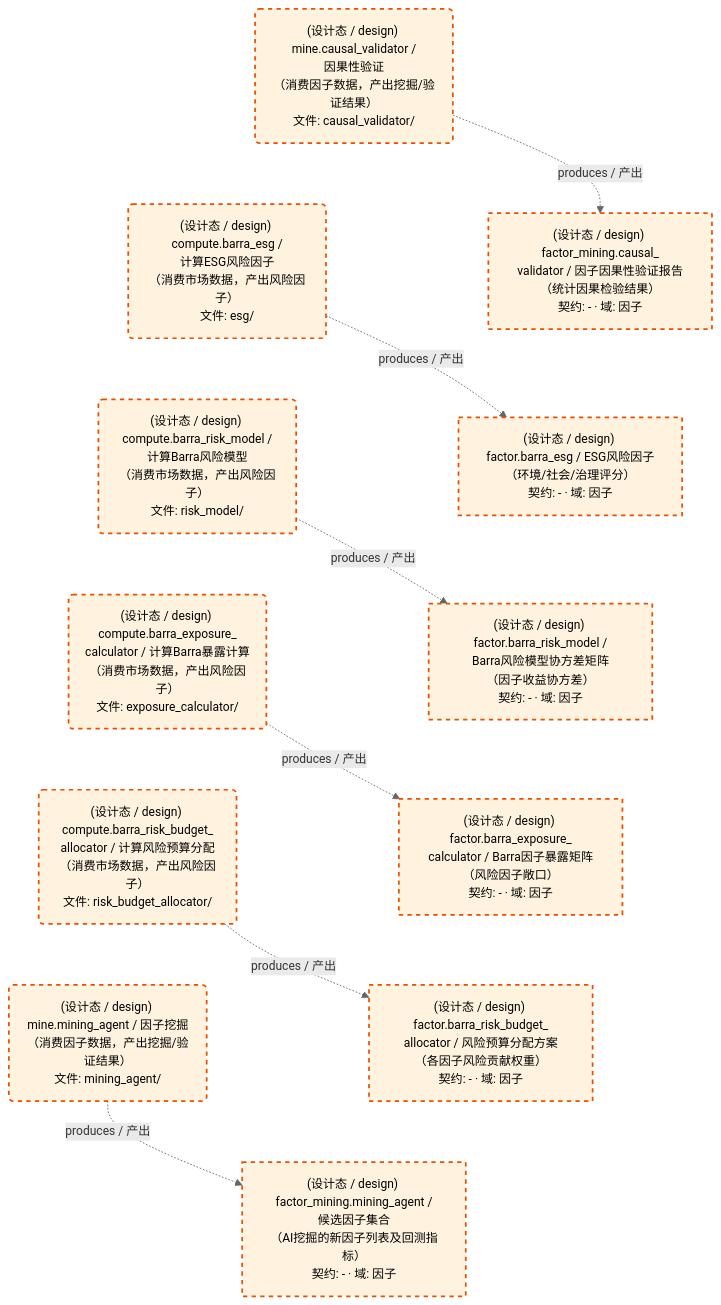
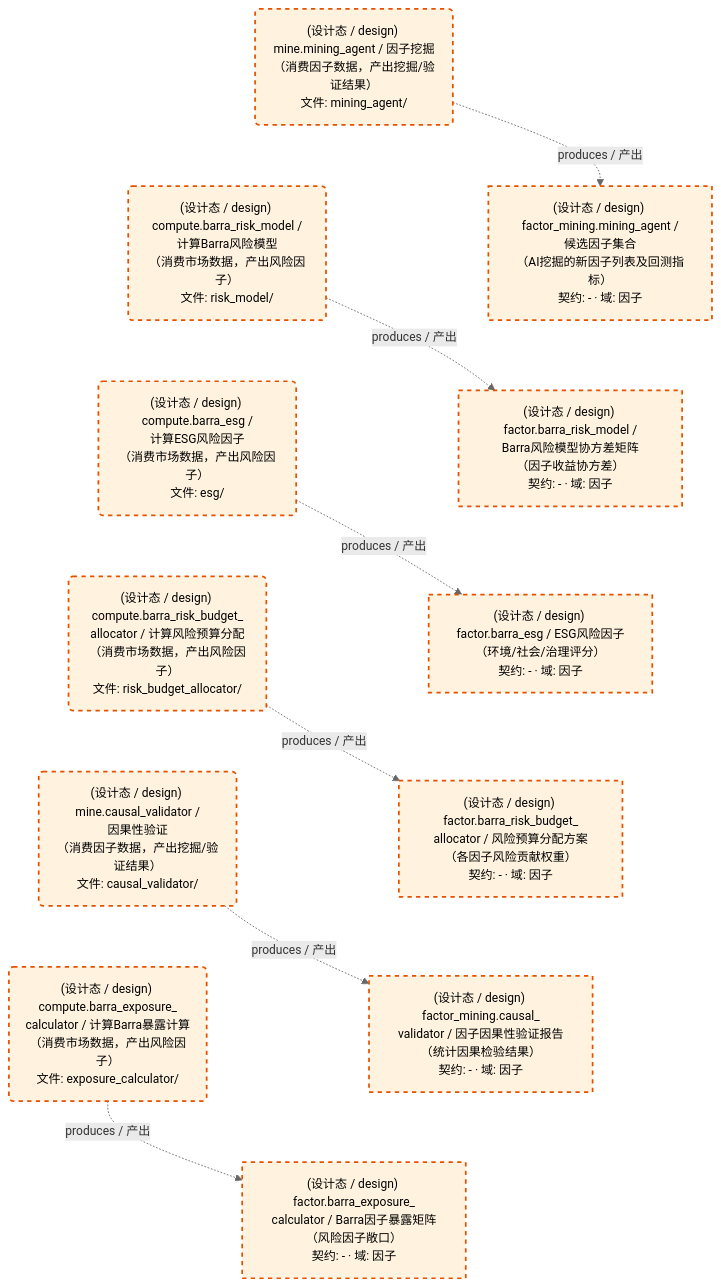
One commit to xuanFelixVan/ZephyrAlpha changed the first of 2 diagrams in docs/02_enterprise_architecture/05_dataflow_architecture/d_factor_barra_mine.md. Above: the diagram before and after it, drawn with Mermaid. The commit also changed other lines of this file and 123 other files, not shown here.

````diff
--- a/docs/02_enterprise_architecture/05_dataflow_architecture/d_factor_barra_mine.md
+++ b/docs/02_enterprise_architecture/05_dataflow_architecture/d_factor_barra_mine.md
@@ -49,37 +49,37 @@
 ```mermaid
 %%{init: {'theme': 'base', 'themeVariables': {'primaryColor': '#eaeaea', 'primaryTextColor': '#333333', 'primaryBorderColor': '#666666', 'lineColor': '#666666', 'secondaryColor': '#eaeaea', 'tertiaryColor': '#eaeaea', 'clusterBkg': 'transparent', 'clusterBorder': 'transparent', 'fontSize': '14px'}}}%%
 flowchart TD
     DS11239["(设计态 / design) factor.barra_esg / ESG风险因子<br/>（环境/社会/治理评分）<br/>契约: - · 域: 因子"]
     DS11240["(设计态 / design) factor.barra_exposure_<br/>calculator / Barra因子暴露矩阵<br/>（风险因子敞口）<br/>契约: - · 域: 因子"]
     DS11241["(设计态 / design) factor.barra_risk_budget_<br/>allocator / 风险预算分配方案<br/>（各因子风险贡献权重）<br/>契约: - · 域: 因子"]
     DS11242["(设计态 / design) factor.barra_risk_model /<br/>Barra风险模型协方差矩阵<br/>（因子收益协方差）<br/>契约: - · 域: 因子"]
     DS11243["(设计态 / design) factor_mining.causal_<br/>validator / 因子因果性验证报告<br/>（统计因果检验结果）<br/>契约: - · 域: 因子"]
     DS11244["(设计态 / design) factor_mining.mining_agent /<br/>候选因子集合<br/>（AI挖掘的新因子列表及回测指标）<br/>契约: - · 域: 因子"]
     JOB757603("(设计态 / design) compute.barra_esg /<br/>计算ESG风险因子<br/>（消费市场数据，产出风险因子）<br/>文件: esg/")
     JOB757604("(设计态 / design) compute.barra_exposure_<br/>calculator / 计算Barra暴露计算<br/>（消费市场数据，产出风险因子）<br/>文件: exposure_calculator/")
     JOB757605("(设计态 / design) compute.barra_risk_budget_<br/>allocator / 计算风险预算分配<br/>（消费市场数据，产出风险因子）<br/>文件: risk_budget_allocator/")
     JOB757606("(设计态 / design) compute.barra_risk_model /<br/>计算Barra风险模型<br/>（消费市场数据，产出风险因子）<br/>文件: risk_model/")
     JOB757607("(设计态 / design) mine.causal_validator /<br/>因果性验证<br/>（消费因子数据，产出挖掘/验证结果）<br/>文件: causal_validator/")
     JOB757608("(设计态 / design) mine.mining_agent / 因子挖掘<br/>（消费因子数据，产出挖掘/验证结果）<br/>文件: mining_agent/")
     JOB757603 -.->|produces / 产出| DS11239
     JOB757604 -.->|produces / 产出| DS11240
     JOB757605 -.->|produces / 产出| DS11241
     JOB757606 -.->|produces / 产出| DS11242
     JOB757607 -.->|produces / 产出| DS11243
     JOB757608 -.->|produces / 产出| DS11244
-    JOB757607 ~~~ JOB757603
-    JOB757603 ~~~ JOB757606
-    JOB757606 ~~~ JOB757604
-    JOB757604 ~~~ JOB757605
-    JOB757605 ~~~ JOB757608
-    DS11243 ~~~ DS11239
-    DS11239 ~~~ DS11242
-    DS11242 ~~~ DS11240
-    DS11240 ~~~ DS11241
-    DS11241 ~~~ DS11244
+    JOB757608 ~~~ JOB757606
+    JOB757606 ~~~ JOB757603
+    JOB757603 ~~~ JOB757605
+    JOB757605 ~~~ JOB757607
+    JOB757607 ~~~ JOB757604
+    DS11244 ~~~ DS11242
+    DS11242 ~~~ DS11239
+    DS11239 ~~~ DS11241
+    DS11241 ~~~ DS11243
+    DS11243 ~~~ DS11240
     classDef production fill:#e1f5fe,stroke:#01579b,stroke-width:2px,color:#000
     classDef design fill:#fff3e0,stroke:#e65100,stroke-width:2px,color:#000,stroke-dasharray: 5 5
     classDef external_prod fill:#e8f4fd,stroke:#0277bd,stroke-width:1px,color:#000
     classDef external_design fill:#fff8e7,stroke:#ef6c00,stroke-width:1px,color:#000,stroke-dasharray: 5 5
     class DS11239,DS11240,DS11241,DS11242,DS11243,DS11244,JOB757603,JOB757604,JOB757605,JOB757606,JOB757607,JOB757608 design
 ```
````
